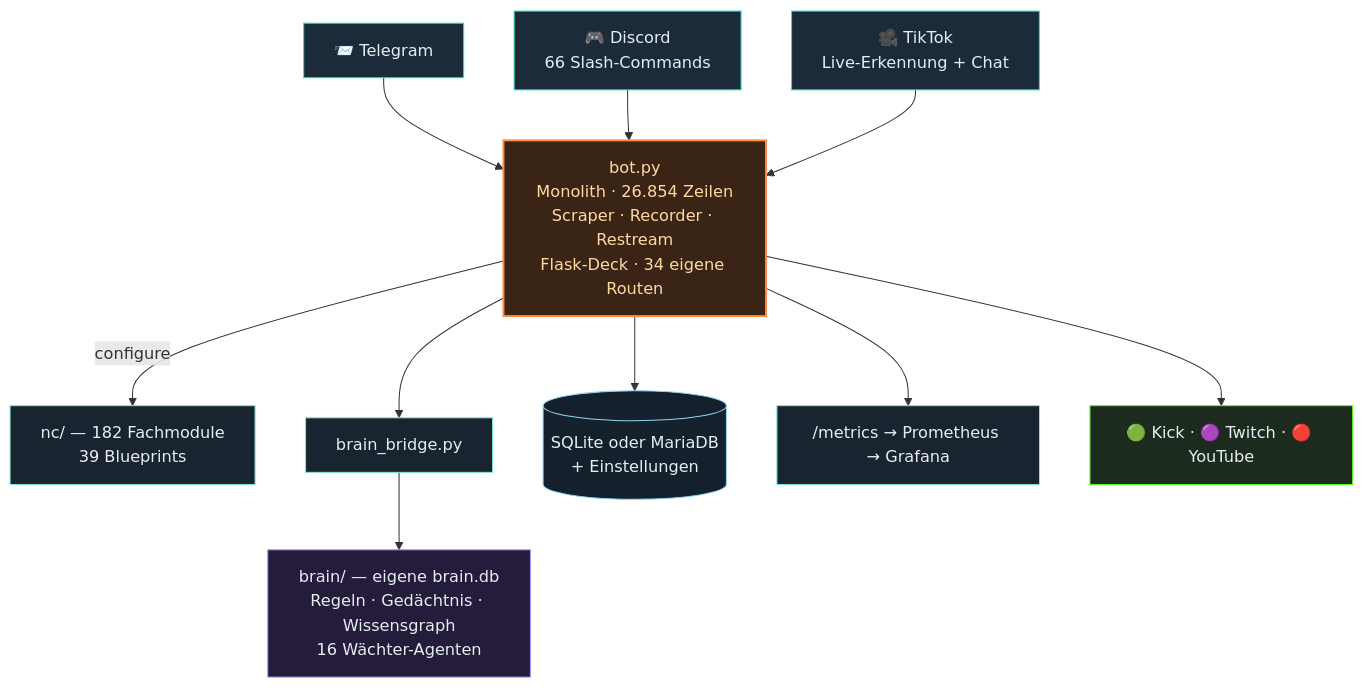
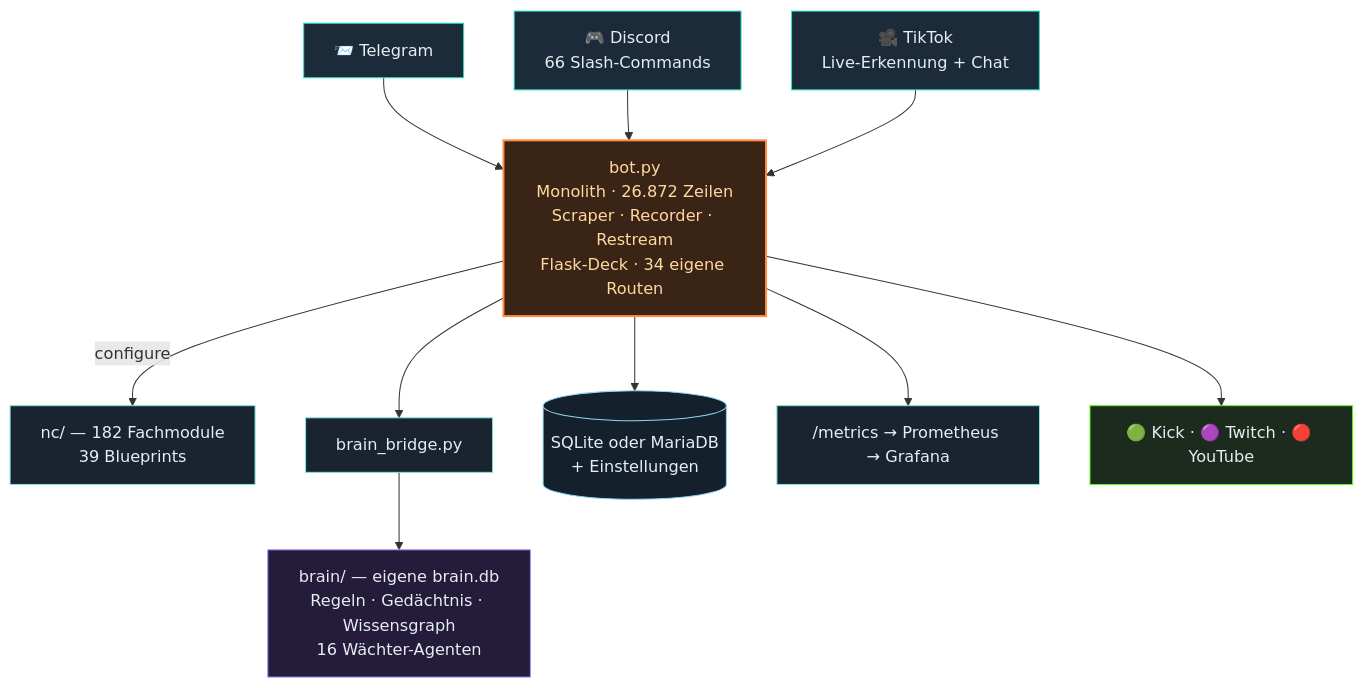
Before and after one commit to itsamemedev/Telegram-Stream-Info-Bot: the second of 3 diagrams in README.md, drawn with Mermaid. The commit also changed other lines of this file and 8 other files, not shown here.

````diff
--- a/README.md
+++ b/README.md
@@ -118,19 +118,19 @@
 ```mermaid
 flowchart TB
     TG["📨 Telegram"]:::ein --> BOT
     DC["🎮 Discord<br/>66 Slash-Commands"]:::ein --> BOT
     TT["🎥 TikTok<br/>Live-Erkennung + Chat"]:::ein --> BOT
-    BOT["bot.py<br/>Monolith · 26.854 Zeilen<br/>Scraper · Recorder · Restream<br/>Flask-Deck · 34 eigene Routen"]:::core
+    BOT["bot.py<br/>Monolith · 26.872 Zeilen<br/>Scraper · Recorder · Restream<br/>Flask-Deck · 34 eigene Routen"]:::core
     BOT -->|configure| NC["nc/ — 182 Fachmodule<br/>39 Blueprints"]:::lib
     BOT --> BR["brain_bridge.py"]:::lib
     BR --> BRAIN["brain/ — eigene brain.db<br/>Regeln · Gedächtnis · Wissensgraph<br/>16 Wächter-Agenten"]:::brain
     BOT --> DB[("SQLite oder MariaDB<br/>+ Einstellungen")]:::db
     BOT --> PROM["/metrics → Prometheus → Grafana"]:::lib
     BOT --> OUT["🟢 Kick · 🟣 Twitch · 🔴 YouTube"]:::out
     classDef ein fill:#1c2b3a,stroke:#2de1c2,color:#e6edf3
     classDef core fill:#3a2415,stroke:#ff8c42,stroke-width:2px,color:#ffd9a0
     classDef lib fill:#1a2430,stroke:#7fe7d4,color:#e6edf3
     classDef brain fill:#241c3a,stroke:#a78bfa,color:#e6edf3
     classDef db fill:#14202c,stroke:#8fd3f4,color:#e6edf3
     classDef out fill:#1c2b1e,stroke:#53fc18,color:#e6edf3
 ```
````
